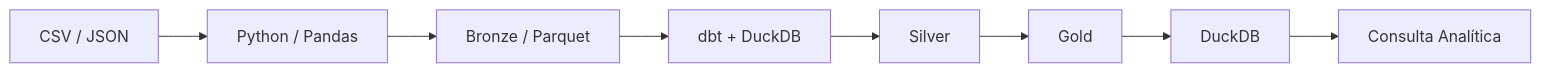
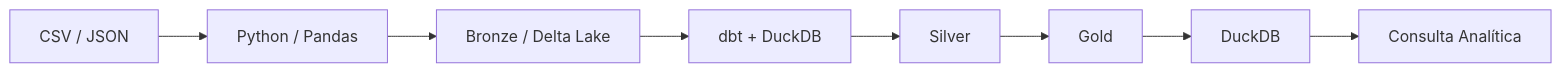
Before and after one commit to adairsojr/data-pipeline-poc: the first of 2 diagrams in docs/architecture.md, drawn with Mermaid. The commit also changed other lines of this file and 53 other files, not shown here.

````diff
--- a/docs/architecture.md
+++ b/docs/architecture.md
@@ -3,10 +3,10 @@
 ```mermaid
 flowchart LR
     A[CSV / JSON] --> B[Python / Pandas]
-    B --> C[Bronze / Parquet]
+    B --> C[Bronze / Delta Lake]
     C --> D[dbt + DuckDB]
     D --> E[Silver]
     E --> F[Gold]
     F --> G[DuckDB]
     G --> H[Consulta Analítica]
 ```
````
